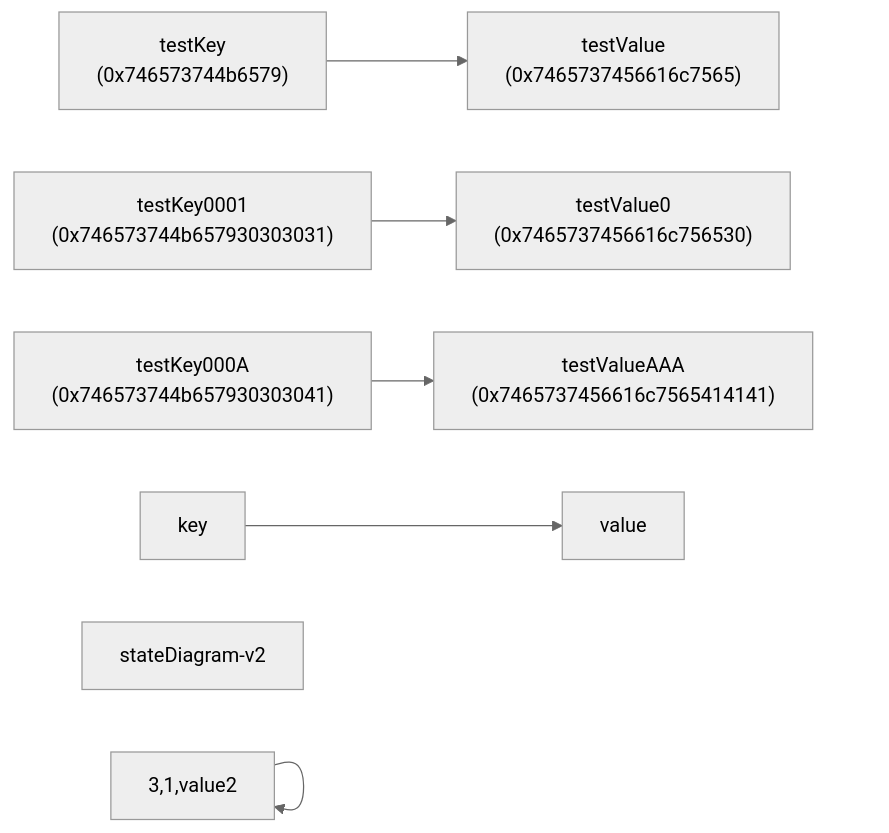
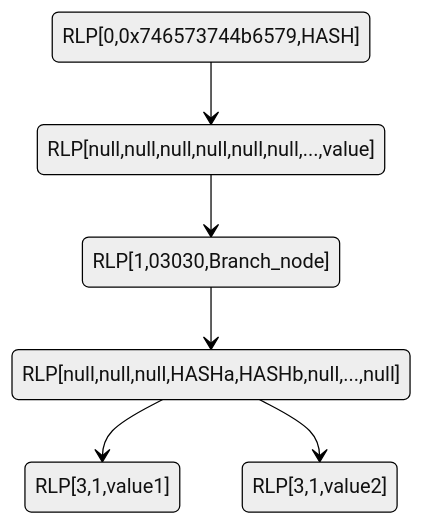
One commit to imelon2/awesome-mpt changed the second of 2 diagrams in readme.md. Above: the diagram before and after it, drawn with Mermaid (neutral theme).

````diff
--- a/readme.md
+++ b/readme.md
@@ -3,16 +11,9 @@
 ```mermaid
-flowchart LR
-    0[key] --> value
-    1["testKey<br>(0x746573744b6579)"] --> 2["testValue<br>(0x7465737456616c7565)"]
-    3["testKey0001<br>(0x746573744b657930303031)"] --> 4["testValue0<br>(0x7465737456616c756530)"]
-    5["testKey000A<br>(0x746573744b657930303041)"] --> 6["testValueAAA<br>(0x7465737456616c7565414141)"]
-    
-    
 stateDiagram-v2
 
     RLP[0,0x746573744b6579,HASH] --> RLP[null,null,null,null,null,null,...,value]
     RLP[null,null,null,null,null,null,...,value] --> RLP[1,03030,Branch_node]
     RLP[1,03030,Branch_node] --> RLP[null,null,null,HASHa,HASHb,null,...,null]
     RLP[null,null,null,HASHa,HASHb,null,...,null] --> RLP[3,1,value1]
     RLP[null,null,null,HASHa,HASHb,null,...,null] --> RLP[3,1,value2]
 ```
````
